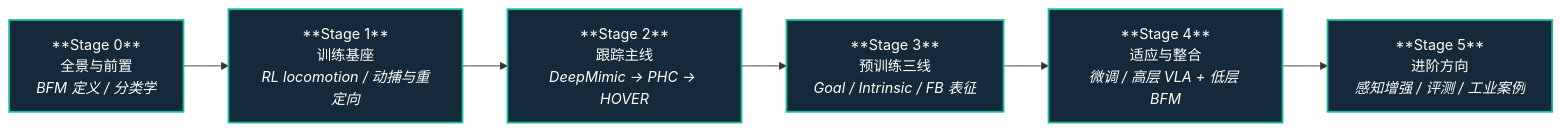
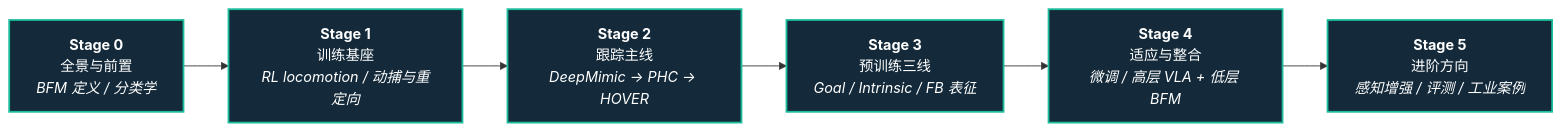
The diagram in roadmap/depth-bfm.md (ImChong/Robotics_Notebooks), drawn with Mermaid before and after one commit. The commit also changed 27 other files, not shown here.

First line of the commit message:
fix(ux): 修复纵深路线一览 Mermaid 节点 ** 原样显示

````diff
--- a/roadmap/depth-bfm.md
+++ b/roadmap/depth-bfm.md
@@ -7,14 +7,14 @@
 ```mermaid
 flowchart LR
-  S0["**Stage 0**<br/>全景与前置<br/><em>BFM 定义 / 分类学</em>"]
-  S1["**Stage 1**<br/>训练基座<br/><em>RL locomotion / 动捕与重定向</em>"]
-  S2["**Stage 2**<br/>跟踪主线<br/><em>DeepMimic → PHC → HOVER</em>"]
-  S3["**Stage 3**<br/>预训练三线<br/><em>Goal / Intrinsic / FB 表征</em>"]
-  S4["**Stage 4**<br/>适应与整合<br/><em>微调 / 高层 VLA + 低层 BFM</em>"]
-  S5["**Stage 5**<br/>进阶方向<br/><em>感知增强 / 评测 / 工业案例</em>"]
+  S0["<b>Stage 0</b><br/>全景与前置<br/><em>BFM 定义 / 分类学</em>"]
+  S1["<b>Stage 1</b><br/>训练基座<br/><em>RL locomotion / 动捕与重定向</em>"]
+  S2["<b>Stage 2</b><br/>跟踪主线<br/><em>DeepMimic → PHC → HOVER</em>"]
+  S3["<b>Stage 3</b><br/>预训练三线<br/><em>Goal / Intrinsic / FB 表征</em>"]
+  S4["<b>Stage 4</b><br/>适应与整合<br/><em>微调 / 高层 VLA + 低层 BFM</em>"]
+  S5["<b>Stage 5</b><br/>进阶方向<br/><em>感知增强 / 评测 / 工业案例</em>"]
 
   S0 --> S1 --> S2 --> S3 --> S4 --> S5
 
   classDef stage fill:#142a3a,stroke:#1abc9c,stroke-width:2px,color:#fff
   class S0,S1,S2,S3,S4,S5 stage
 ```
````
